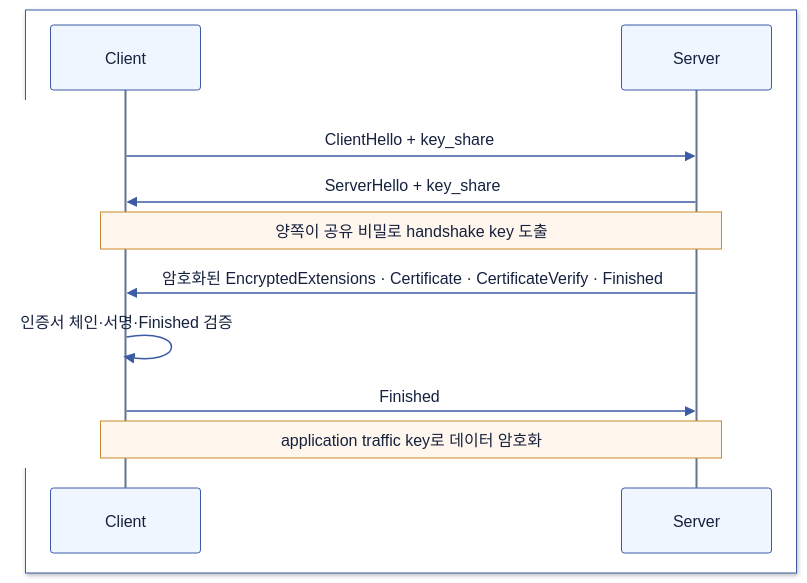
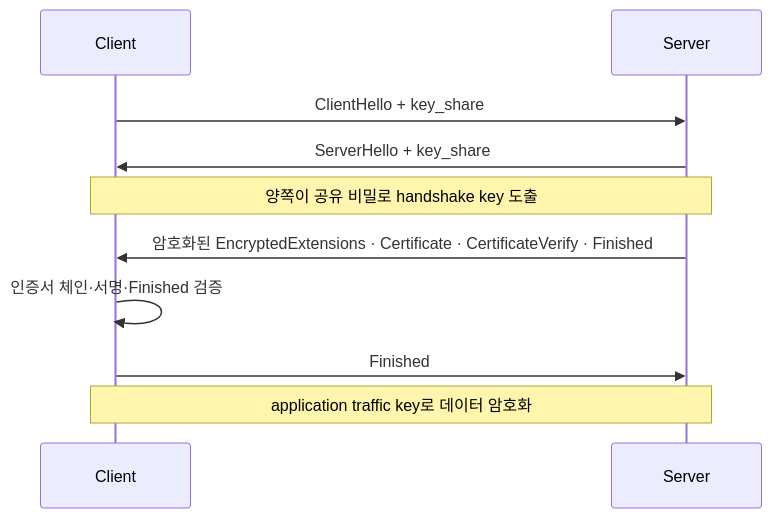
The fourth of 5 diagrams in computer-science/2607-network-fundamentals.md (Hyune-s-lab/my-ai-study), drawn with Mermaid before and after one commit. The commit also changed other lines of this file and 49 other files, not shown here.

Commit message:
docs: 단순 다이어그램은 Mermaid로, 복잡한 배치는 SVG로 정리

````diff
--- a/computer-science/2607-network-fundamentals.md
+++ b/computer-science/2607-network-fundamentals.md
@@ -159,17 +141,12 @@
 ```mermaid
 sequenceDiagram
-%%{init: {"theme": "base", "darkMode": false, "themeVariables": {"background": "#ffffff", "primaryColor": "#EFF6FF", "primaryTextColor": "#16213E", "primaryBorderColor": "#3B5BA5", "secondaryColor": "#F0FDF4", "tertiaryColor": "#FAF5FF", "lineColor": "#3B5BA5", "textColor": "#16213E", "edgeLabelBackground": "#ffffff", "actorBkg": "#EFF6FF", "actorBorder": "#3B5BA5", "actorTextColor": "#16213E", "signalColor": "#3B5BA5", "signalTextColor": "#16213E", "noteBkgColor": "#FFF7ED", "noteBorderColor": "#C98A2B", "noteTextColor": "#16213E", "labelBoxBkgColor": "#EFF6FF", "labelTextColor": "#16213E", "loopTextColor": "#16213E", "actorLineColor": "#64748B", "labelBoxBorderColor": "#3B5BA5"}}}%%
-  box rgb(255, 255, 255)
-    participant C as Client
-    participant S as Server
-  end
-  rect rgb(255, 255, 255)
-    C->>S: ClientHello + key_share
-    S->>C: ServerHello + key_share
-    Note over C,S: 양쪽이 공유 비밀로 handshake key 도출
-    S->>C: 암호화된 EncryptedExtensions · Certificate · CertificateVerify · Finished
-    C->>C: 인증서 체인·서명·Finished 검증
-    C->>S: Finished
-    Note over C,S: application traffic key로 데이터 암호화
-  end
+  participant C as Client
+  participant S as Server
+  C->>S: ClientHello + key_share
+  S->>C: ServerHello + key_share
+  Note over C,S: 양쪽이 공유 비밀로 handshake key 도출
+  S->>C: 암호화된 EncryptedExtensions · Certificate · CertificateVerify · Finished
+  C->>C: 인증서 체인·서명·Finished 검증
+  C->>S: Finished
+  Note over C,S: application traffic key로 데이터 암호화
 ```
````
